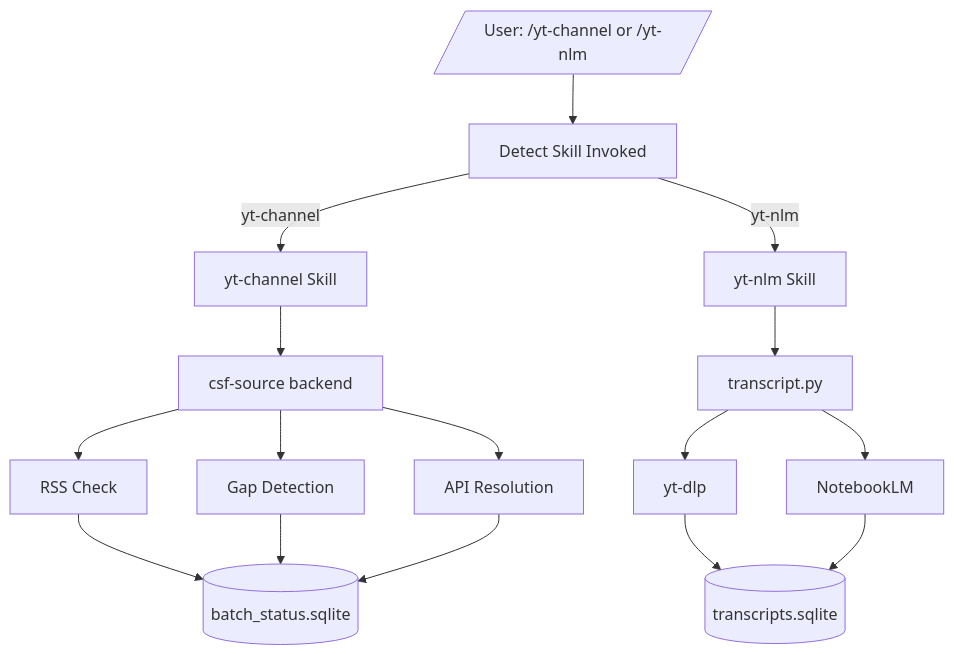
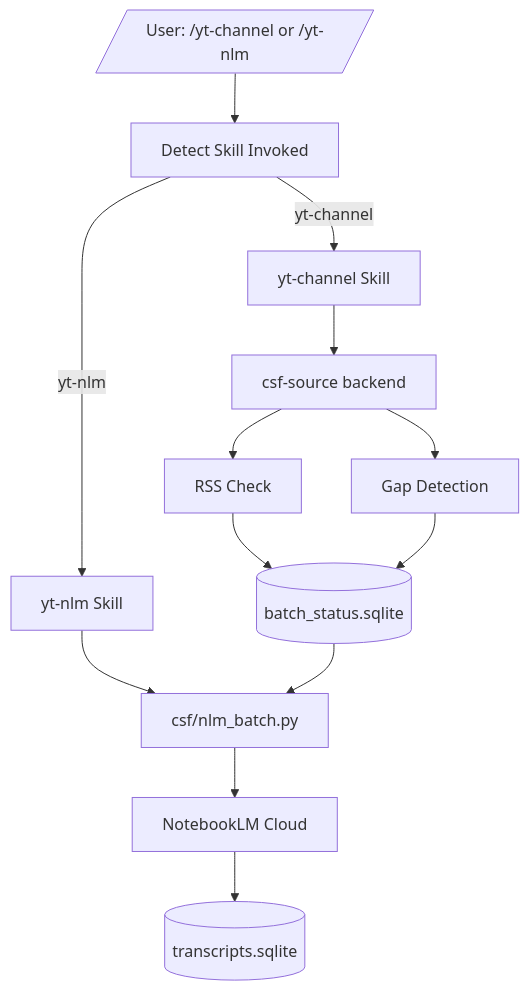
One commit to EndUser123/intelligence-stream changed the diagram in README.md. Above: the diagram before and after it, drawn with Mermaid. The commit also changed other lines of this file and 23 other files, not shown here.

````diff
--- a/README.md
+++ b/README.md
@@ -204,18 +205,15 @@
 ```mermaid
 graph TB
     User[/"User: /yt-channel or /yt-nlm"/] --> Detect[Detect Skill Invoked]
     Detect -->|yt-channel| ChannelSkill[yt-channel Skill]
     Detect -->|yt-nlm| NLMSkill[yt-nlm Skill]
     ChannelSkill --> CSFSource[csf-source backend]
-    NLMSkill --> TranscriptPy[transcript.py]
+    NLMSkill --> NLMBatch[csf/nlm_batch.py]
     CSFSource --> RSS[RSS Check]
     CSFSource --> Gap[Gap Detection]
-    CSFSource --> API[API Resolution]
     RSS --> DB[(batch_status.sqlite)]
     Gap --> DB
-    API --> DB
-    TranscriptPy --> YTDLP[yt-dlp]
-    TranscriptPy --> NLM[NotebookLM]
-    YTDLP --> Cache[(transcripts.sqlite)]
-    NLM --> Cache
+    NLMBatch --> NLM[NotebookLM Cloud]
+    NLM --> Cache[(transcripts.sqlite)]
+    DB --> NLMBatch
 ```
````
